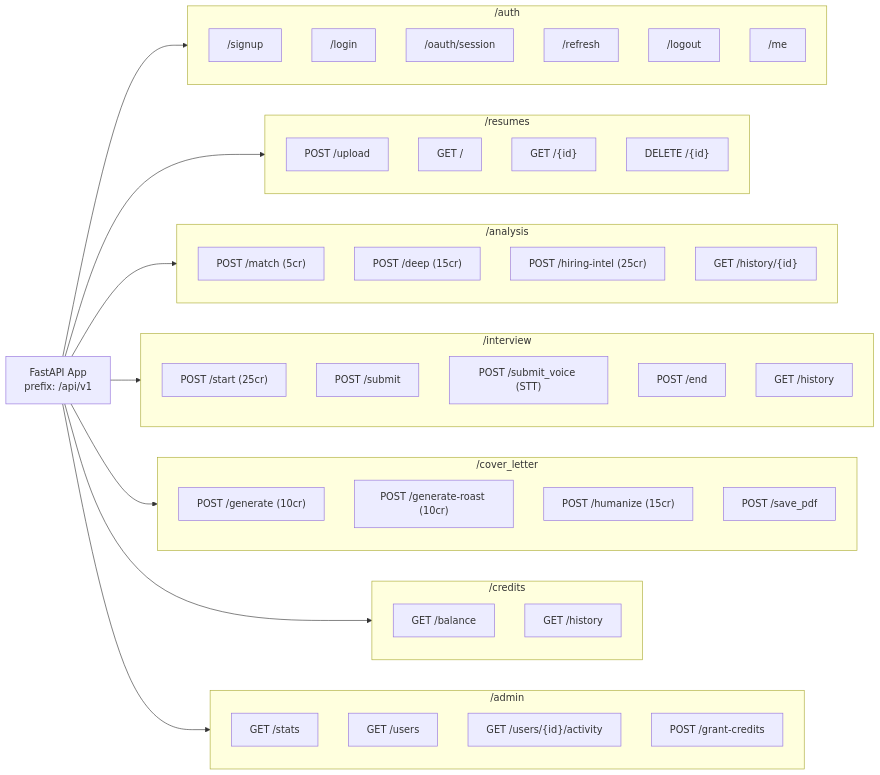
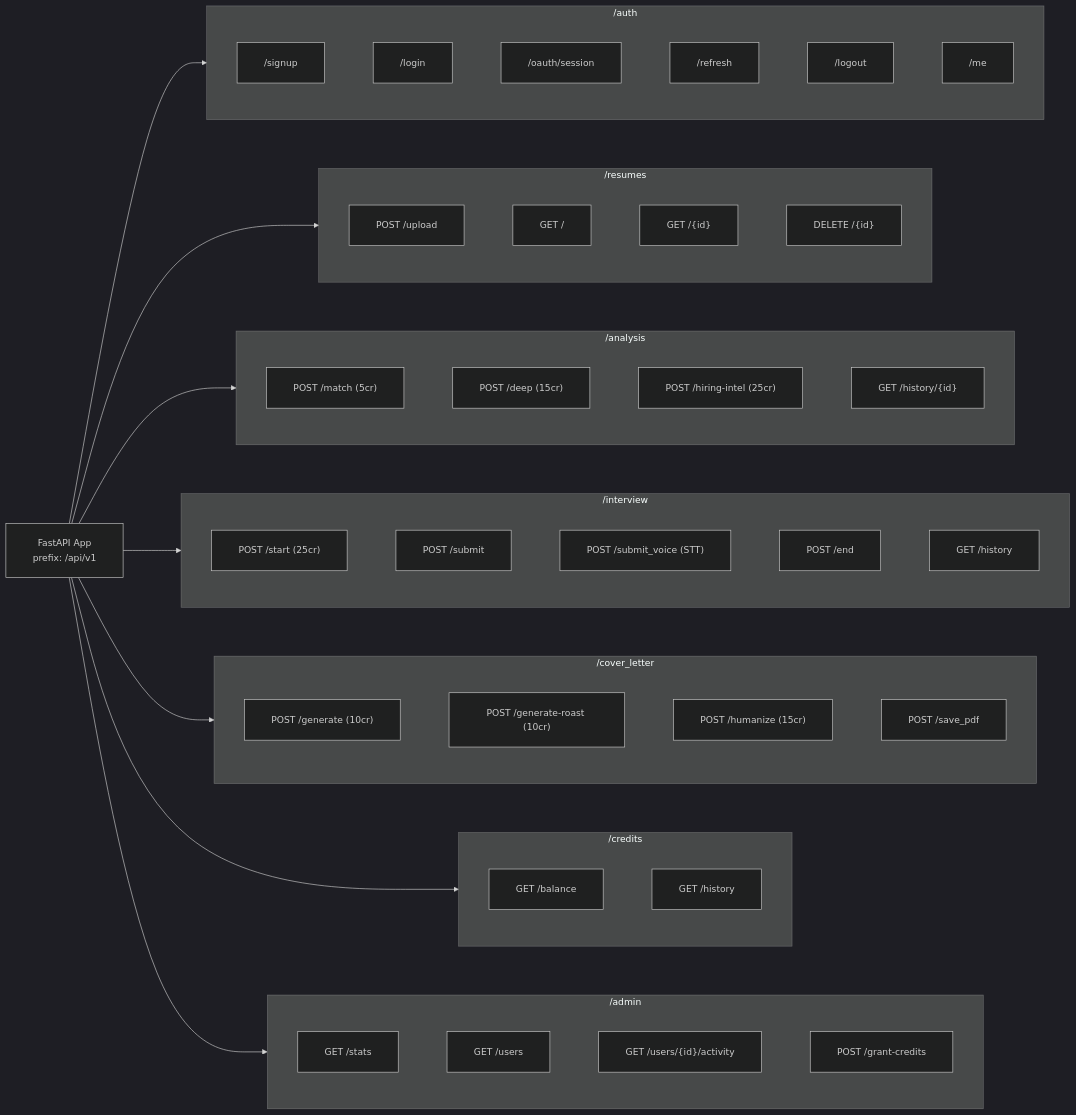
Before and after one commit to dhrv9023/prsnl: the diagram in docs/architecture/flowcharts/diagram_03_route_map.md, drawn with Mermaid. The commit also changed other lines of this file and 13 other files, not shown here.

Commit message:
docs(architecture): expand diagram canvas spacing, legibility, and add one-click viewer launcher

````diff
--- a/docs/architecture/flowcharts/diagram_03_route_map.md
+++ b/docs/architecture/flowcharts/diagram_03_route_map.md
@@ -58,62 +64,63 @@
 ```mermaid
+%%{init: {'theme': 'dark', 'themeVariables': {'fontSize': '15px', 'fontFamily': 'Inter, system-ui, sans-serif'}, 'flowchart': {'nodeSpacing': 80, 'rankSpacing': 95, 'padding': 22, 'curve': 'basis'}}}%%
 flowchart LR
     API["FastAPI App<br/>prefix: /api/v1"]
 
     subgraph AUTH["/auth"]
         A1["/signup"]
         A2["/login"]
         A3["/oauth/session"]
         A4["/refresh"]
         A5["/logout"]
         A6["/me"]
     end
 
     subgraph RESUMES["/resumes"]
         R1["POST /upload"]
         R2["GET /"]
         R3["GET /{id}"]
         R4["DELETE /{id}"]
     end
 
     subgraph ANALYSIS["/analysis"]
         AN1["POST /match (5cr)"]
         AN2["POST /deep (15cr)"]
         AN3["POST /hiring-intel (25cr)"]
         AN4["GET /history/{id}"]
     end
 
     subgraph INTERVIEW["/interview"]
         I1["POST /start (25cr)"]
         I2["POST /submit"]
         I3["POST /submit_voice (STT)"]
         I4["POST /end"]
         I5["GET /history"]
     end
 
     subgraph COVER["/cover_letter"]
         C1["POST /generate (10cr)"]
         C2["POST /generate-roast (10cr)"]
         C3["POST /humanize (15cr)"]
         C4["POST /save_pdf"]
     end
 
     subgraph CREDITS["/credits"]
         CR1["GET /balance"]
         CR2["GET /history"]
     end
 
     subgraph ADMIN["/admin"]
         AD1["GET /stats"]
         AD2["GET /users"]
         AD3["GET /users/{id}/activity"]
         AD4["POST /grant-credits"]
     end
 
     API --> AUTH
     API --> RESUMES
     API --> ANALYSIS
     API --> INTERVIEW
     API --> COVER
     API --> CREDITS
     API --> ADMIN
 ```
````
